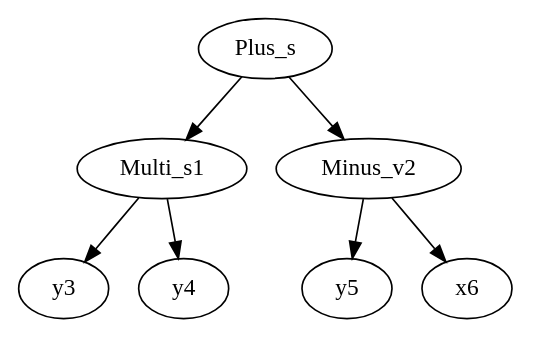
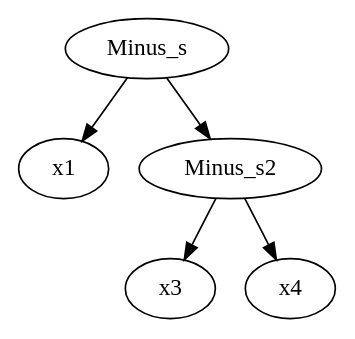
The diagram in Updated_gflib_python/images/tree.dot (mohabedalgani/GFlib_Py), drawn with Graphviz before and after one commit. The commit also changed 50 other files, not shown here.

```diff
--- a/Updated_gflib_python/images/tree.dot
+++ b/Updated_gflib_python/images/tree.dot
@@ -1,15 +1,11 @@
 digraph tree {
-    "Plus_s";
-    "Multi_s1";
-    "y3";
-    "y4";
-    "Minus_v2";
-    "y5";
-    "x6";
-    "Plus_s" -> "Multi_s1";
-    "Plus_s" -> "Minus_v2";
-    "Multi_s1" -> "y3";
-    "Multi_s1" -> "y4";
-    "Minus_v2" -> "y5";
-    "Minus_v2" -> "x6";
+    "Minus_s";
+    "x1";
+    "Minus_s2";
+    "x3";
+    "x4";
+    "Minus_s" -> "x1";
+    "Minus_s" -> "Minus_s2";
+    "Minus_s2" -> "x3";
+    "Minus_s2" -> "x4";
 }
```
